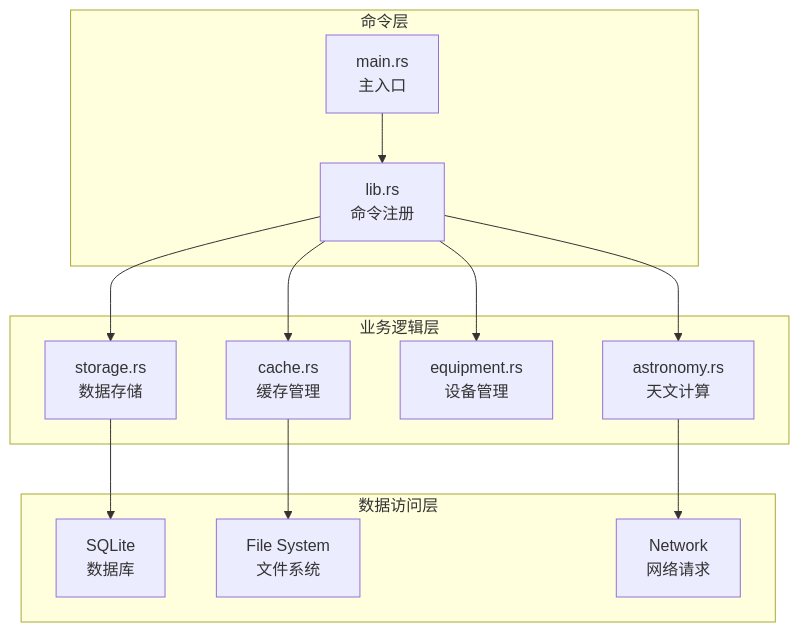
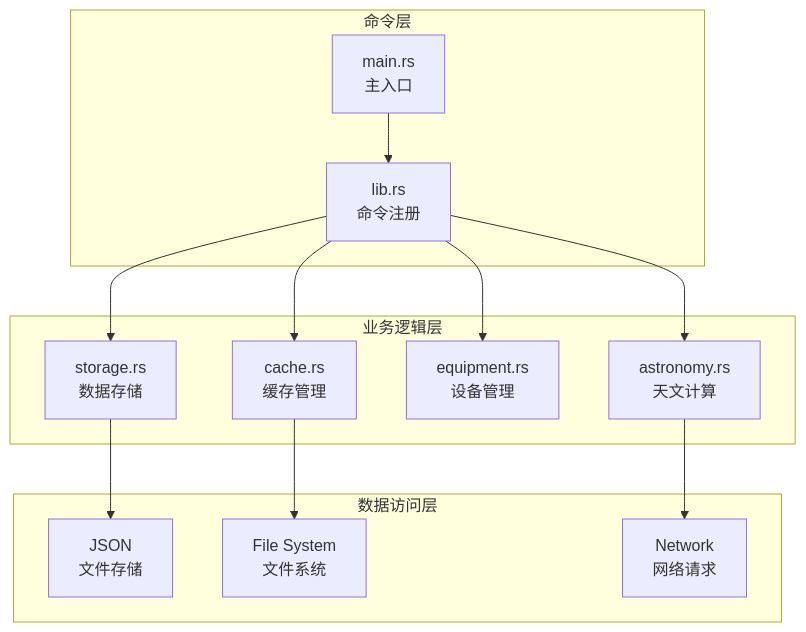
One commit to AstroAir/skymap-test changed the third of 9 diagrams in docs/developer-guide/architecture/overview.md. Above: the diagram before and after it, drawn with Mermaid. The commit also changed other lines of this file and 12 other files, not shown here.

````diff
--- a/docs/developer-guide/architecture/overview.md
+++ b/docs/developer-guide/architecture/overview.md
@@ -167,29 +167,29 @@
 ```mermaid
 graph TD
     subgraph 命令层
         M1[main.rs<br/>主入口]
         M2[lib.rs<br/>命令注册]
     end
 
     subgraph 业务逻辑层
         B1[astronomy.rs<br/>天文计算]
         B2[storage.rs<br/>数据存储]
         B3[equipment.rs<br/>设备管理]
         B4[cache.rs<br/>缓存管理]
     end
 
     subgraph 数据访问层
-        A1[SQLite<br/>数据库]
+        A1[JSON<br/>文件存储]
         A2[File System<br/>文件系统]
         A3[Network<br/>网络请求]
     end
 
     M1 --> M2
     M2 --> B1
     M2 --> B2
     M2 --> B3
     M2 --> B4
     B2 --> A1
     B4 --> A2
     B1 --> A3
 ```
````
